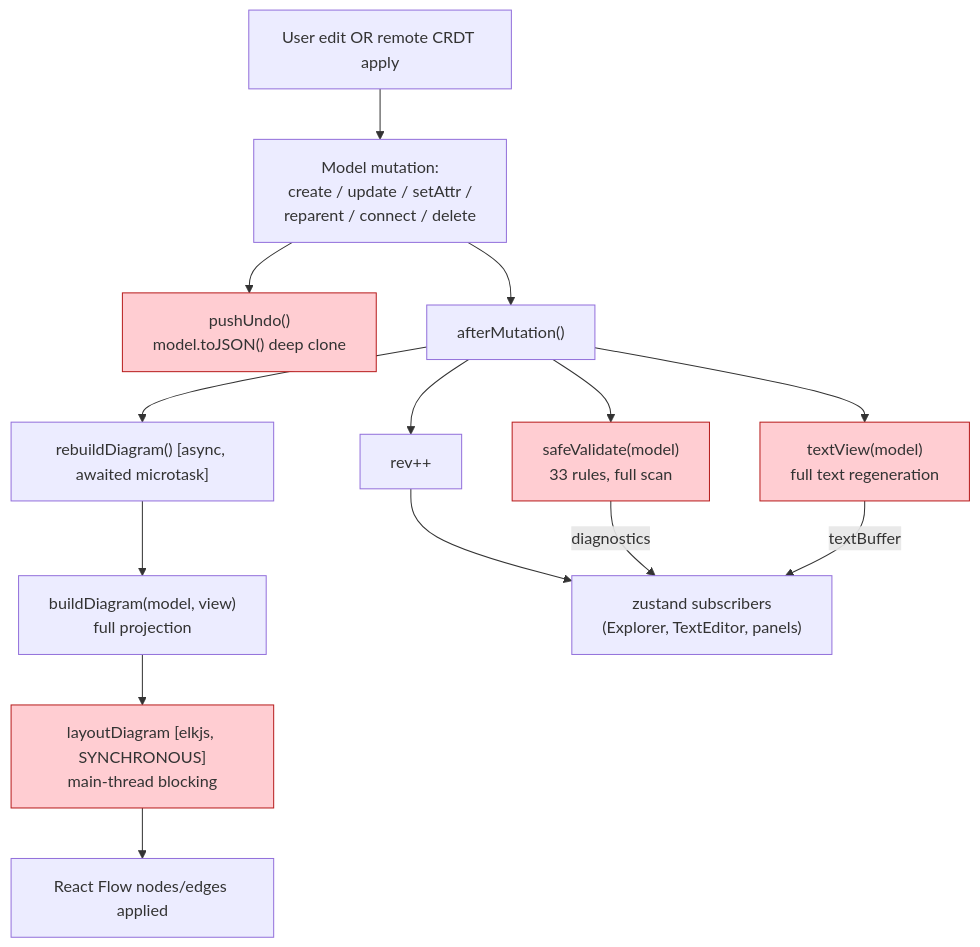
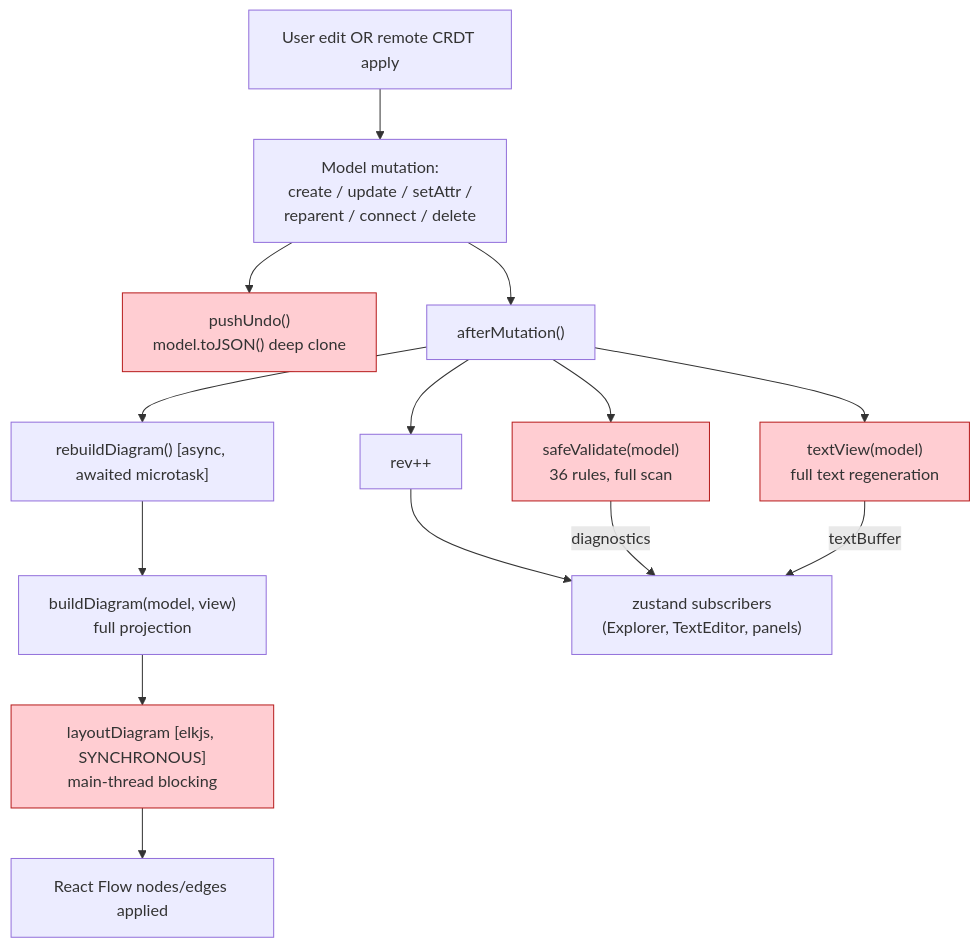
The third of 7 diagrams in docs/architecture/05-data-flow.md (cosmindxu/sysprose), drawn with Mermaid before and after one commit. The commit also changed 19 other files, not shown here.

````diff
--- a/docs/architecture/05-data-flow.md
+++ b/docs/architecture/05-data-flow.md
@@ -98,32 +98,32 @@
 ```mermaid
 flowchart TB
     trigger["User edit OR remote CRDT apply"]
     op["Model mutation:\ncreate / update / setAttr /\nreparent / connect / delete"]
     pushUndo["pushUndo()\nmodel.toJSON() deep clone"]
     afterMut["afterMutation()"]
-    validate["safeValidate(model)\n33 rules, full scan"]
+    validate["safeValidate(model)\n36 rules, full scan"]
     serialize["textView(model)\nfull text regeneration"]
     bump["rev++"]
     rebuild["rebuildDiagram() [async, awaited microtask]"]
     build["buildDiagram(model, view)\nfull projection"]
     layout["layoutDiagram [elkjs, SYNCHRONOUS]\nmain-thread blocking"]
     apply["React Flow nodes/edges applied"]
     listeners[" zustand subscribers\n(Explorer, TextEditor, panels)"]
 
     trigger --> op
     op --> pushUndo
     op --> afterMut
     afterMut --> validate
     afterMut --> serialize
     afterMut --> bump
     afterMut --> rebuild
     rebuild --> build
     build --> layout
     layout --> apply
     bump --> listeners
     validate -->|diagnostics| listeners
     serialize -->|textBuffer| listeners
 
     classDef hot fill:#ffcdd2,stroke:#b71c1c
     class validate,serialize,layout,pushUndo hot
 ```
````
